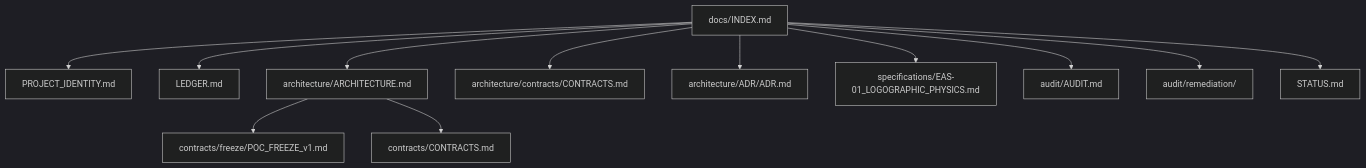
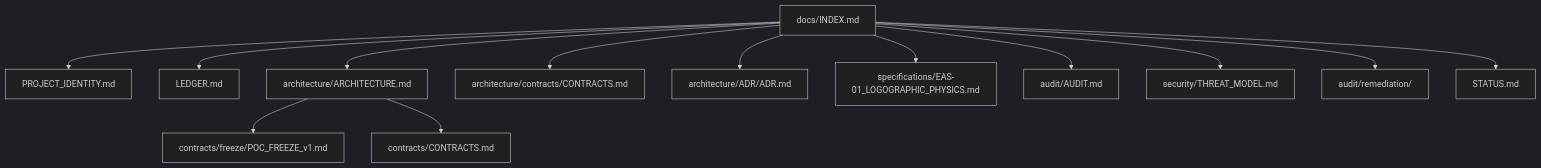
One commit to AlexusPacicus/Traianus changed the diagram in docs/INDEX.md. Above: the diagram before and after it, drawn with Mermaid (dark theme). The commit also changed other lines of this file and 2 other files, not shown here.

Commit message:
docs(security): add threat model and academic grounding
- Add docs/security/THREAT_MODEL.md: semantic capability vulnerability,
  dual boundary pattern, capability matrix, physical verification, silent denial
- Add Theoretical Grounding section 3.1 to PROJECT_IDENTITY.md (Gärdenfors,
  SOTA failure taxonomy, inverse adaptation error)
- Wire threat-model node + traceability row into docs/INDEX.md

````diff
--- a/docs/INDEX.md
+++ b/docs/INDEX.md
@@ -25,15 +26,16 @@
 ```mermaid
 graph TD
     ROOT[docs/INDEX.md] --> PID[PROJECT_IDENTITY.md]
     ROOT --> LED[LEDGER.md]
     ROOT --> ARCH[architecture/ARCHITECTURE.md]
     ROOT --> CONT[architecture/contracts/CONTRACTS.md]
     ROOT --> ADR[architecture/ADR/ADR.md]
     ROOT --> EAS[specifications/EAS-01_LOGOGRAPHIC_PHYSICS.md]
     ROOT --> AUD[audit/AUDIT.md]
+    ROOT --> SEC[security/THREAT_MODEL.md]
     ROOT --> REM[audit/remediation/]
     ROOT --> STA[STATUS.md]
     
     ARCH --> CON1[contracts/freeze/POC_FREEZE_v1.md]
     ARCH --> CON2[contracts/CONTRACTS.md]
 ```
````
